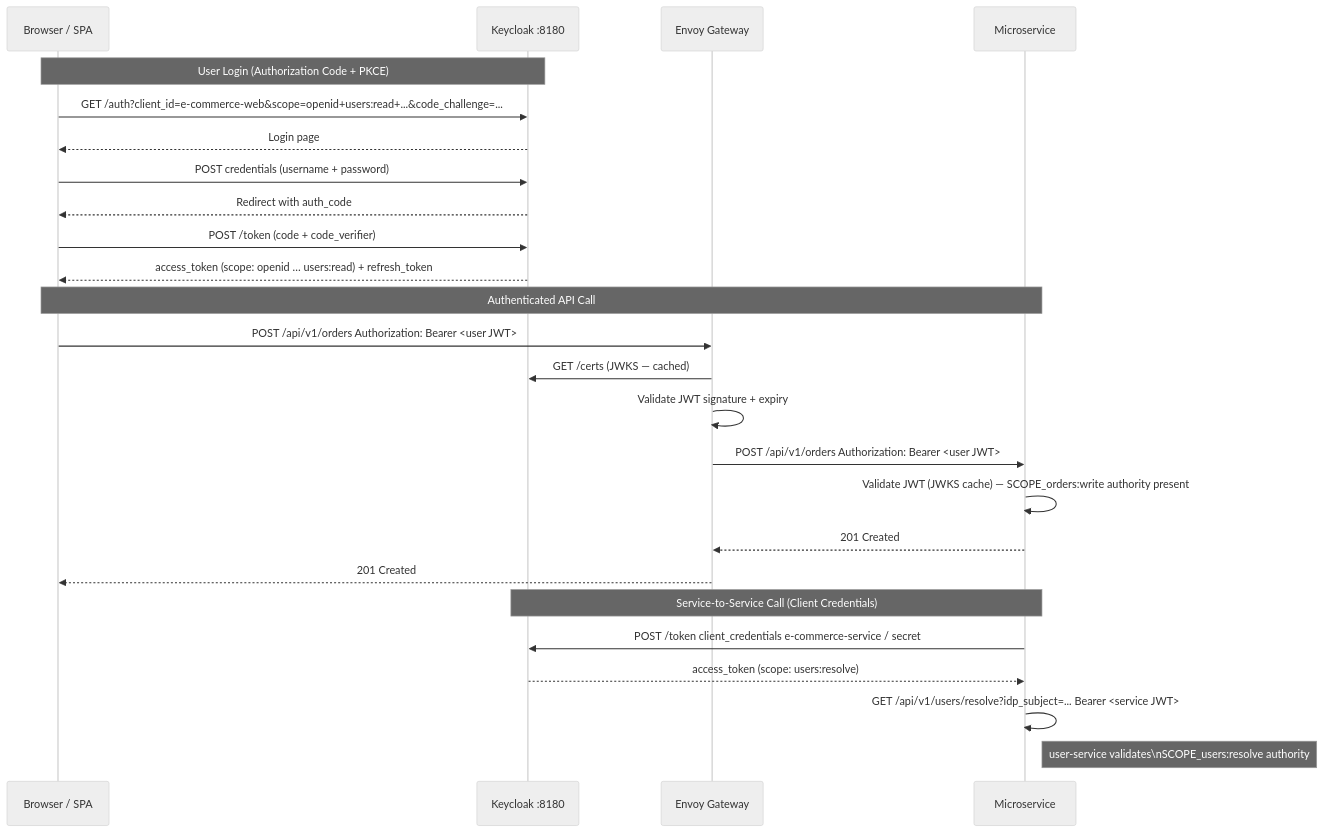
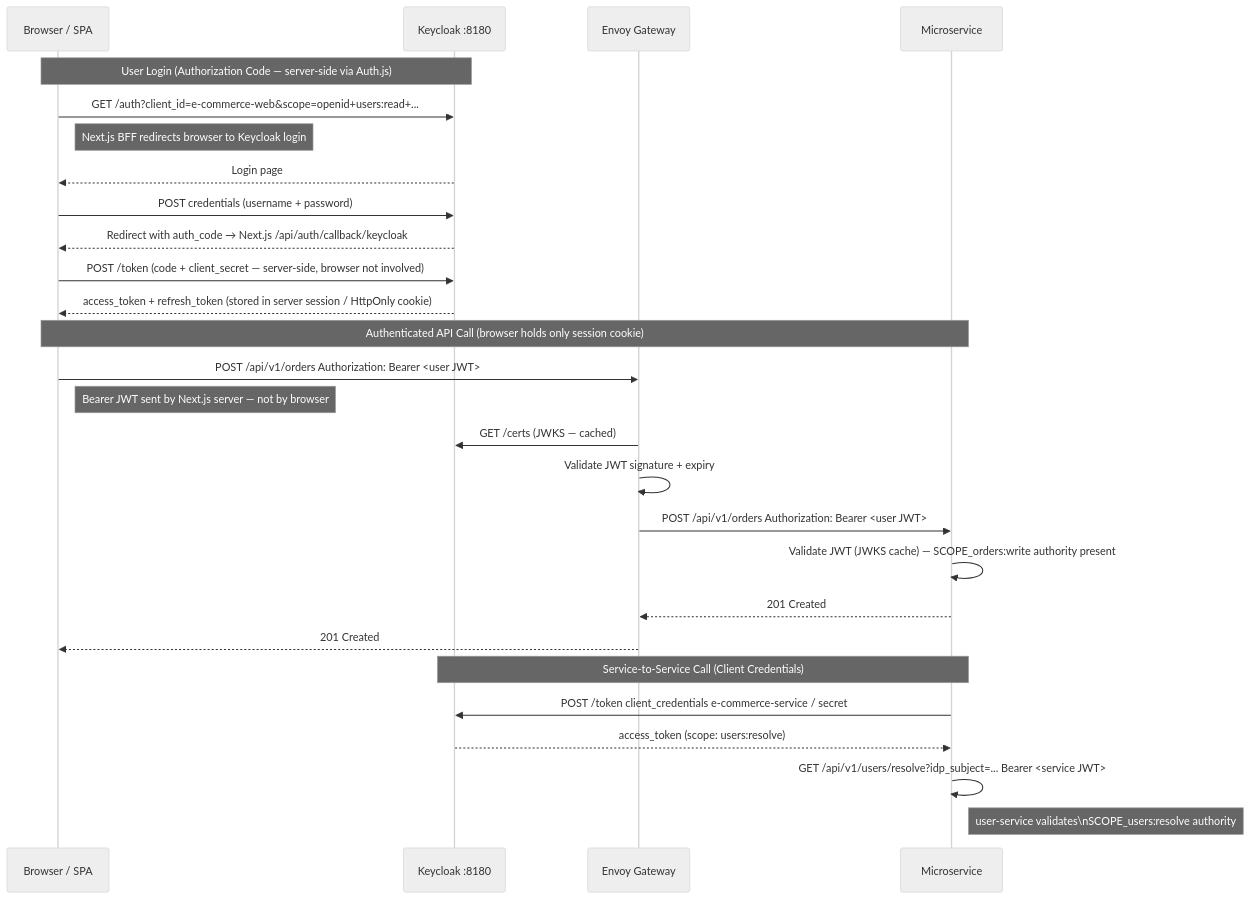
The second of 2 diagrams in design/keycloak-configuration.md (ricsanfre/spring-microservices-otel-k8s), drawn with Mermaid (neutral theme) before and after one commit. The commit also changed other lines of this file and 4 other files, not shown here.

Commit message:
Adding to the architecture Next.js frontend to the application

````diff
--- a/design/keycloak-configuration.md
+++ b/design/keycloak-configuration.md
@@ -381,30 +390,32 @@
 ```mermaid
 sequenceDiagram
     participant SPA as Browser / SPA
     participant KC as Keycloak :8180
     participant GW as Envoy Gateway
     participant SVC as Microservice
 
-    Note over SPA,KC: User Login (Authorization Code + PKCE)
-    SPA->>KC: GET /auth?client_id=e-commerce-web&scope=openid+users:read+...&code_challenge=...
+    Note over SPA,KC: User Login (Authorization Code — server-side via Auth.js)
+    SPA->>KC: GET /auth?client_id=e-commerce-web&scope=openid+users:read+...
+    Note right of SPA: Next.js BFF redirects browser to Keycloak login
     KC-->>SPA: Login page
     SPA->>KC: POST credentials (username + password)
-    KC-->>SPA: Redirect with auth_code
-    SPA->>KC: POST /token (code + code_verifier)
-    KC-->>SPA: access_token (scope: openid … users:read) + refresh_token
+    KC-->>SPA: Redirect with auth_code → Next.js /api/auth/callback/keycloak
+    SPA->>KC: POST /token (code + client_secret — server-side, browser not involved)
+    KC-->>SPA: access_token + refresh_token (stored in server session / HttpOnly cookie)
 
-    Note over SPA,SVC: Authenticated API Call
+    Note over SPA,SVC: Authenticated API Call (browser holds only session cookie)
     SPA->>GW: POST /api/v1/orders  Authorization: Bearer <user JWT>
+    Note right of SPA: Bearer JWT sent by Next.js server — not by browser
     GW->>KC: GET /certs (JWKS — cached)
     GW->>GW: Validate JWT signature + expiry
     GW->>SVC: POST /api/v1/orders  Authorization: Bearer <user JWT>
     SVC->>SVC: Validate JWT (JWKS cache) — SCOPE_orders:write authority present
     SVC-->>GW: 201 Created
     GW-->>SPA: 201 Created
 
     Note over SVC,KC: Service-to-Service Call (Client Credentials)
     SVC->>KC: POST /token  client_credentials  e-commerce-service / secret
     KC-->>SVC: access_token (scope: users:resolve)
     SVC->>SVC: GET /api/v1/users/resolve?idp_subject=...  Bearer <service JWT>
     Note right of SVC: user-service validates\nSCOPE_users:resolve authority
 ```
````
